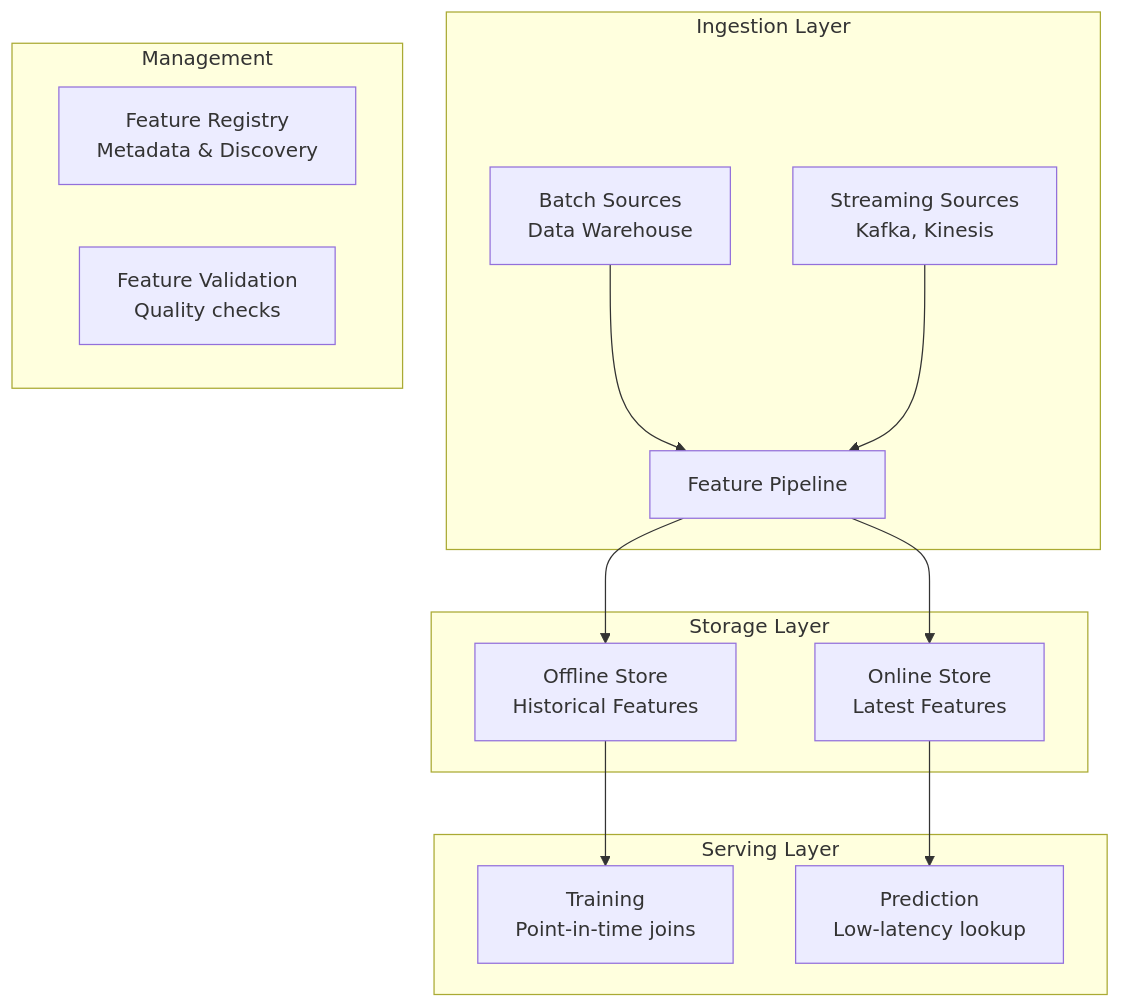
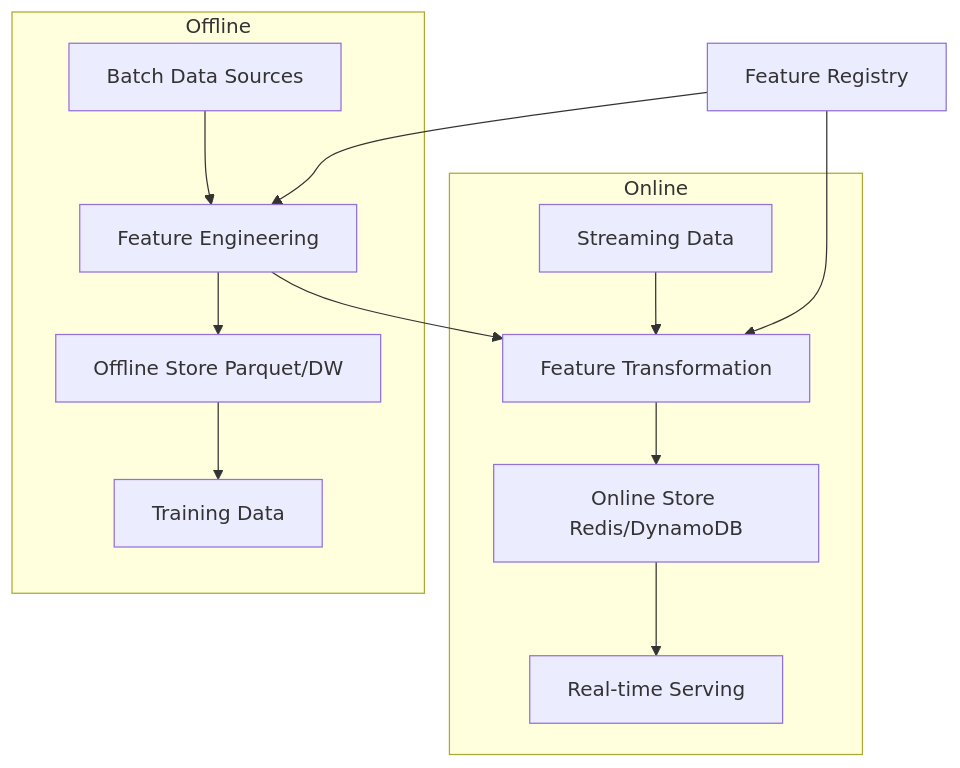
One commit to vanos001/placement_prep changed the diagram in src/ml/system-design/feature-store.md. Above: the diagram before and after it, drawn with Mermaid. The commit also changed other lines of this file and 14 other files, not shown here.

````diff
--- a/src/ml/system-design/feature-store.md
+++ b/src/ml/system-design/feature-store.md
@@ -9,22 +9,16 @@
 ```mermaid
-graph TB
-    subgraph "Ingestion Layer"
-        B[Batch Sources<br/>Data Warehouse] --> I[Feature Pipeline]
-        S[Streaming Sources<br/>Kafka, Kinesis] --> I
+graph TD
+    subgraph Offline
+        A[Batch Data Sources] --> B[Feature Engineering]
+        B --> C[Offline Store Parquet/DW]
+        C --> D[Training Data]
     end
-    
-    subgraph "Storage Layer"
-        I --> O[Offline Store<br/>Historical Features]
-        I --> N[Online Store<br/>Latest Features]
+    subgraph Online
+        E[Streaming Data] --> F[Feature Transformation]
+        F --> G[Online Store Redis/DynamoDB]
+        G --> H[Real-time Serving]
     end
-    
-    subgraph "Serving Layer"
-        O --> T[Training<br/>Point-in-time joins]
-        N --> P[Prediction<br/>Low-latency lookup]
-    end
-    
-    subgraph "Management"
-        R[Feature Registry<br/>Metadata & Discovery]
-        V[Feature Validation<br/>Quality checks]
-    end
+    B --> F
+    I[Feature Registry] --> B
+    I --> F
 ```
````
